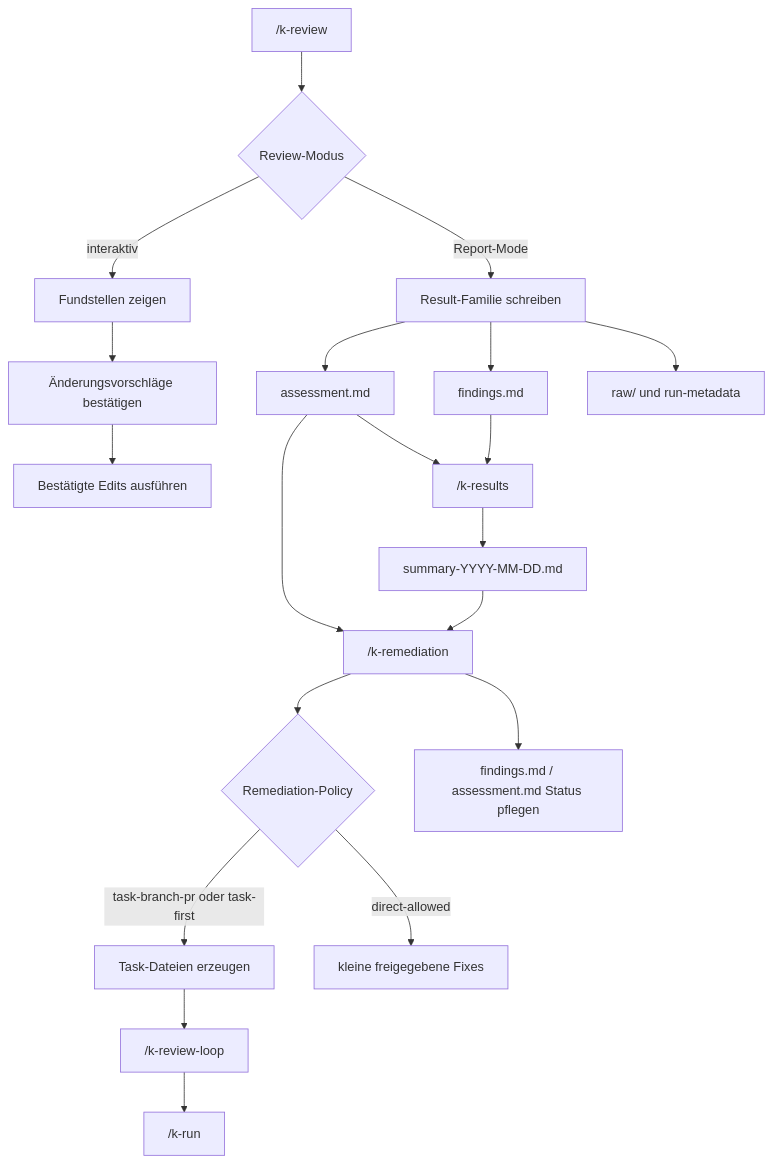
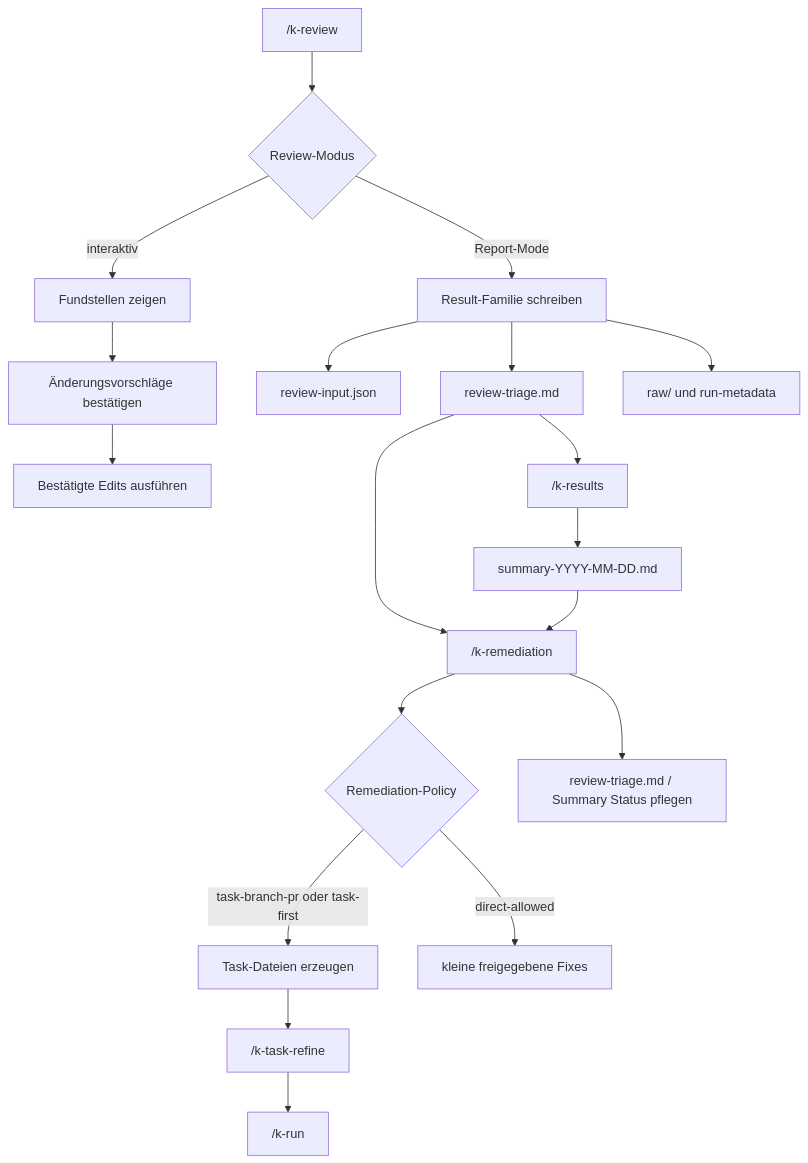
Before and after one commit to kascada/k-playbook: the diagram in docs/code-review.md, drawn with Mermaid. The commit also changed other lines of this file and 37 other files, not shown here.

````diff
--- a/docs/code-review.md
+++ b/docs/code-review.md
@@ -7,22 +7,21 @@
 ```mermaid
 flowchart TD
     A["/k-review <name>"] --> B{"Review-Modus"}
     B -->|interaktiv| C["Fundstellen zeigen"]
     C --> D["Änderungsvorschläge bestätigen"]
     D --> E["Bestätigte Edits ausführen"]
     B -->|Report-Mode| F["Result-Familie schreiben"]
-    F --> G["assessment.md"]
-    F --> H["findings.md"]
+    F --> G["review-input.json"]
+    F --> H["review-triage.md"]
     F --> I["raw/ und run-metadata"]
-    G --> J["/k-results"]
-    H --> J
+    H --> J["/k-results"]
     J --> K["summary-YYYY-MM-DD.md"]
-    G --> L["/k-remediation <assessment-or-summary>"]
+    H --> L["/k-remediation <review-triage-or-summary>"]
     K --> L
     L --> M{"Remediation-Policy"}
     M -->|task-branch-pr oder task-first| N["Task-Dateien erzeugen"]
-    N --> O["/k-review-loop"]
+    N --> O["/k-task-refine"]
     O --> P["/k-run"]
     M -->|direct-allowed| Q["kleine freigegebene Fixes"]
-    L --> R["findings.md / assessment.md Status pflegen"]
+    L --> R["review-triage.md / Summary Status pflegen"]
 ```
````
